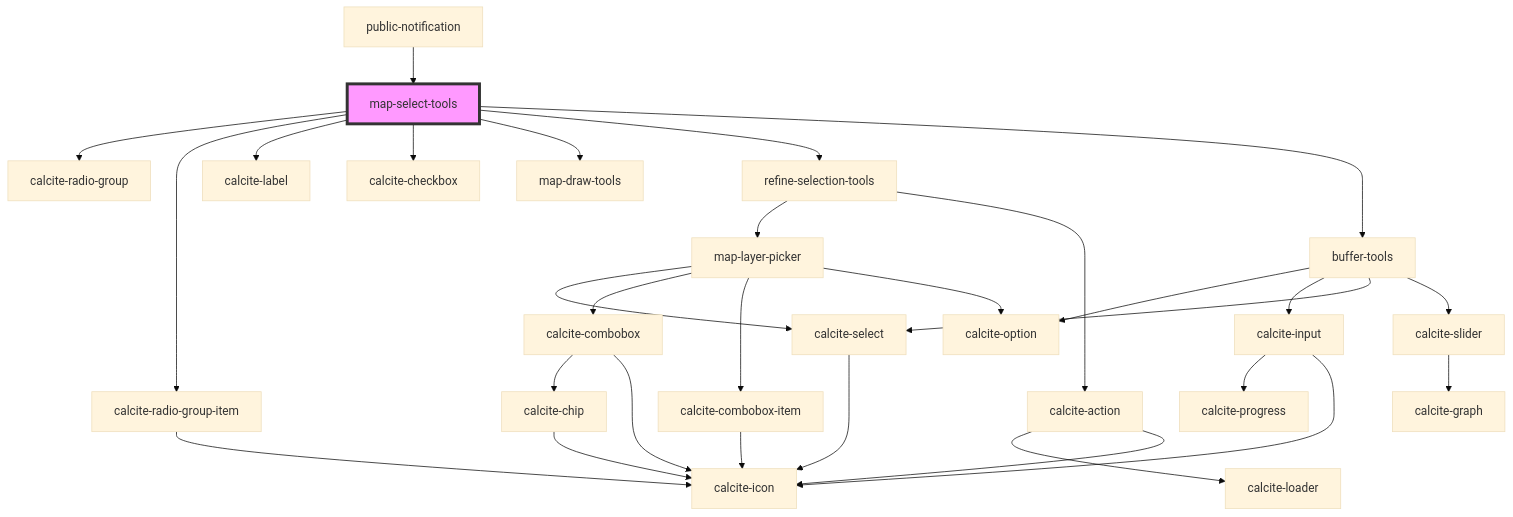
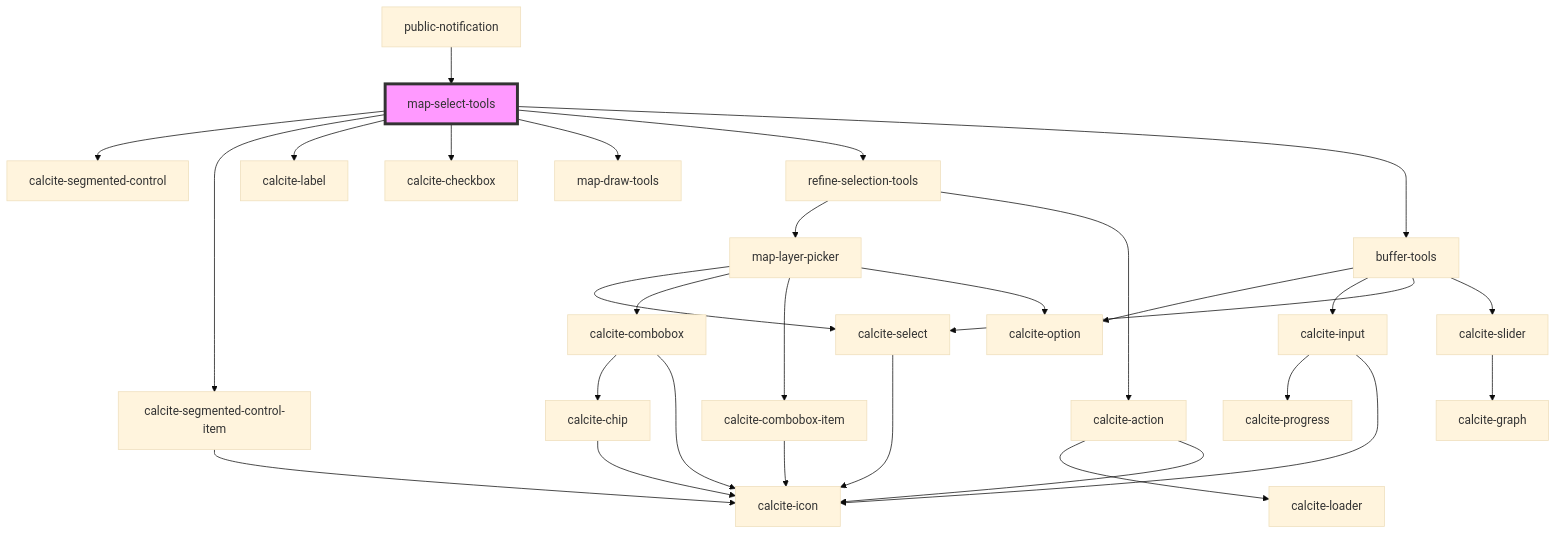
Before and after one commit to Esri/solutions-components: the diagram in src/components/map-select-tools/readme.md, drawn with Mermaid (base theme). The commit also changed other lines of this file and 10 other files, not shown here.

````diff
--- a/src/components/map-select-tools/readme.md
+++ b/src/components/map-select-tools/readme.md
@@ -79,33 +79,33 @@
 ```mermaid
 graph TD;
-  map-select-tools --> calcite-radio-group
-  map-select-tools --> calcite-radio-group-item
+  map-select-tools --> calcite-segmented-control
+  map-select-tools --> calcite-segmented-control-item
   map-select-tools --> calcite-label
   map-select-tools --> calcite-checkbox
   map-select-tools --> map-draw-tools
   map-select-tools --> refine-selection-tools
   map-select-tools --> buffer-tools
-  calcite-radio-group-item --> calcite-icon
+  calcite-segmented-control-item --> calcite-icon
   refine-selection-tools --> map-layer-picker
   refine-selection-tools --> calcite-action
   map-layer-picker --> calcite-select
   map-layer-picker --> calcite-combobox
   map-layer-picker --> calcite-combobox-item
   map-layer-picker --> calcite-option
   calcite-select --> calcite-icon
   calcite-combobox --> calcite-chip
   calcite-combobox --> calcite-icon
   calcite-chip --> calcite-icon
   calcite-combobox-item --> calcite-icon
   calcite-action --> calcite-loader
   calcite-action --> calcite-icon
   buffer-tools --> calcite-option
   buffer-tools --> calcite-input
   buffer-tools --> calcite-select
   buffer-tools --> calcite-slider
   calcite-input --> calcite-progress
   calcite-input --> calcite-icon
   calcite-slider --> calcite-graph
   public-notification --> map-select-tools
   style map-select-tools fill:#f9f,stroke:#333,stroke-width:4px
 ```
````
